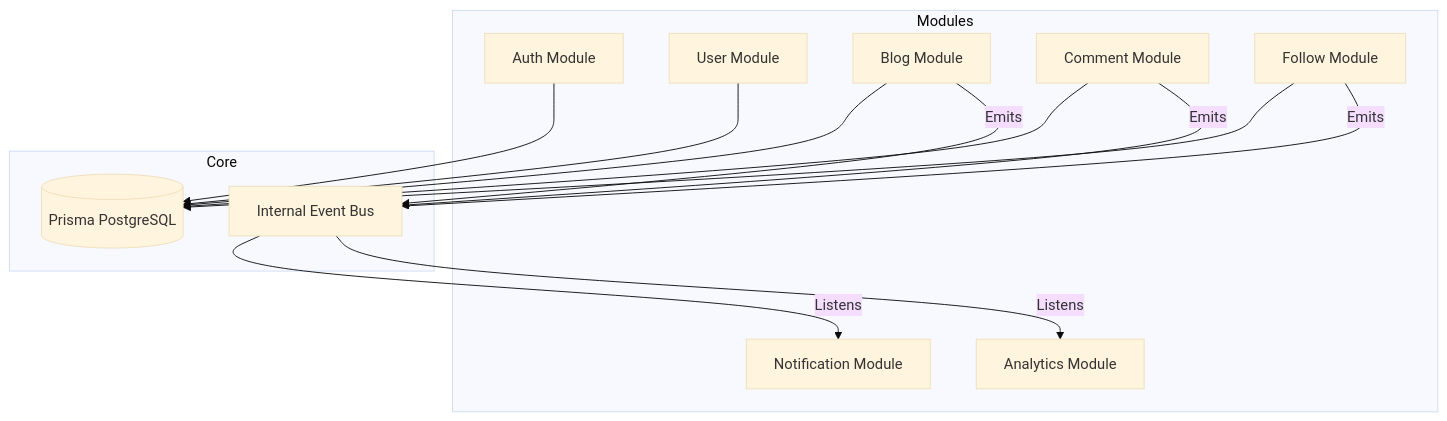
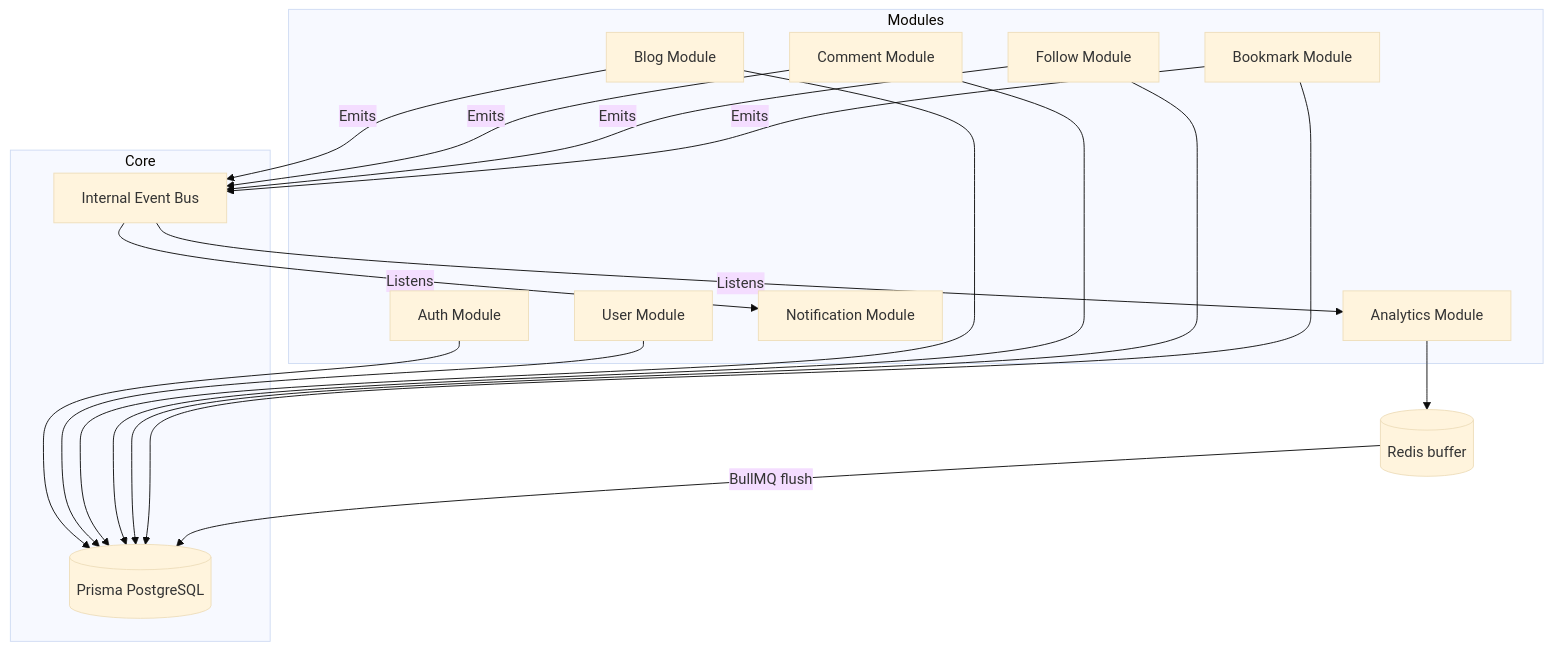
One commit to samman-varshney/Narrative changed the fifth of 6 diagrams in docs/ARCHITECTURE.md. Above: the diagram before and after it, drawn with Mermaid (base theme). The commit also changed other lines of this file and 46 other files, not shown here.

````diff
--- a/docs/ARCHITECTURE.md
+++ b/docs/ARCHITECTURE.md
@@ -305,30 +341,37 @@
 ```mermaid
 graph TD
     subgraph Modules
         Auth[Auth Module]
         User[User Module]
         Blog[Blog Module]
         Comment[Comment Module]
         Follow[Follow Module]
+        Bookmark[Bookmark Module]
         Notif[Notification Module]
         Analyt[Analytics Module]
     end
     
     subgraph Core
         EventBus[Internal Event Bus]
         DB[(Prisma PostgreSQL)]
     end
     
     Auth --> DB
     User --> DB
     Blog --> DB
     Comment --> DB
     Follow --> DB
     
+    Bookmark --> DB
+
     Blog -- Emits --> EventBus
     Comment -- Emits --> EventBus
     Follow -- Emits --> EventBus
-    
+    Bookmark -- Emits --> EventBus
+
     EventBus -- Listens --> Notif
     EventBus -- Listens --> Analyt
+
+    Analyt --> Redis[(Redis buffer)]
+    Redis -- BullMQ flush --> DB
 ```
````
